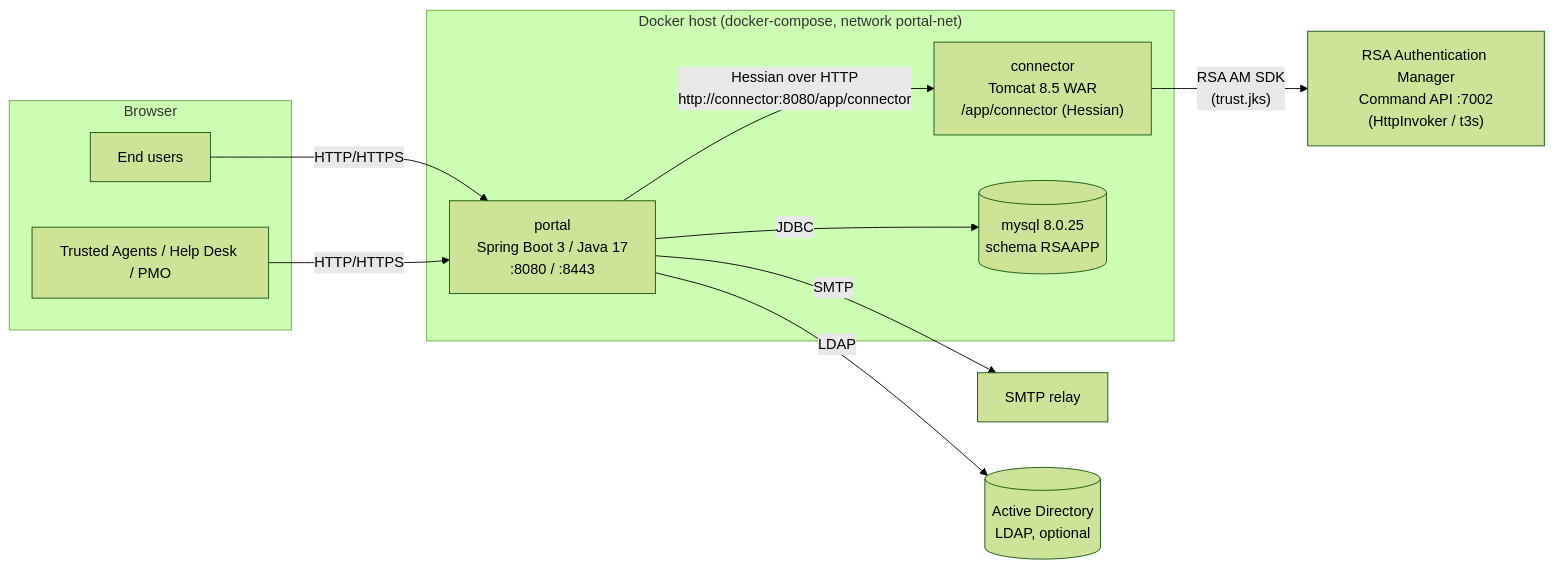
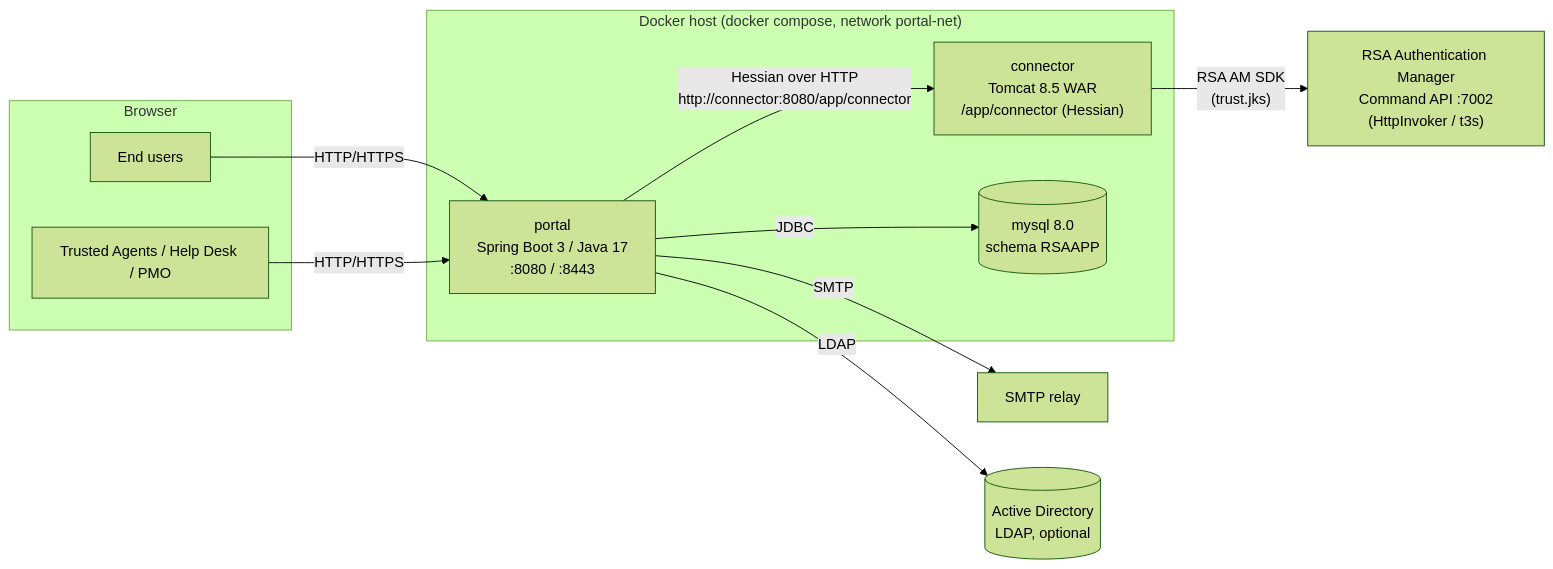
One commit to winllc/ens-apps-documentation changed the diagram in docs/rsa-operations-portal/index.md. Above: the diagram before and after it, drawn with Mermaid (forest theme). The commit also changed other lines of this file and 31 other files, not shown here.

First line of the commit message:
Docs: install only from the release package or the Helm chart

````diff
--- a/docs/rsa-operations-portal/index.md
+++ b/docs/rsa-operations-portal/index.md
@@ -25,25 +25,25 @@
 ```mermaid
 flowchart LR
     subgraph Browser
         U[End users]
         TA[Trusted Agents / Help Desk / PMO]
     end
 
-    subgraph Host["Docker host (docker-compose, network portal-net)"]
+    subgraph Host["Docker host (docker compose, network portal-net)"]
         P["portal<br/>Spring Boot 3 / Java 17<br/>:8080 / :8443"]
         C["connector<br/>Tomcat 8.5 WAR<br/>/app/connector (Hessian)"]
-        DB[("mysql 8.0.25<br/>schema RSAAPP")]
+        DB[("mysql 8.0<br/>schema RSAAPP")]
     end
 
     AM["RSA Authentication Manager<br/>Command API :7002<br/>(HttpInvoker / t3s)"]
     SMTP[SMTP relay]
     AD[(Active Directory<br/>LDAP, optional)]
 
     U -->|HTTP/HTTPS| P
     TA -->|HTTP/HTTPS| P
     P -->|"Hessian over HTTP<br/>http://connector:8080/app/connector"| C
     P -->|JDBC| DB
     C -->|"RSA AM SDK<br/>(trust.jks)"| AM
     P -->|SMTP| SMTP
     P -->|LDAP| AD
 ```
````
